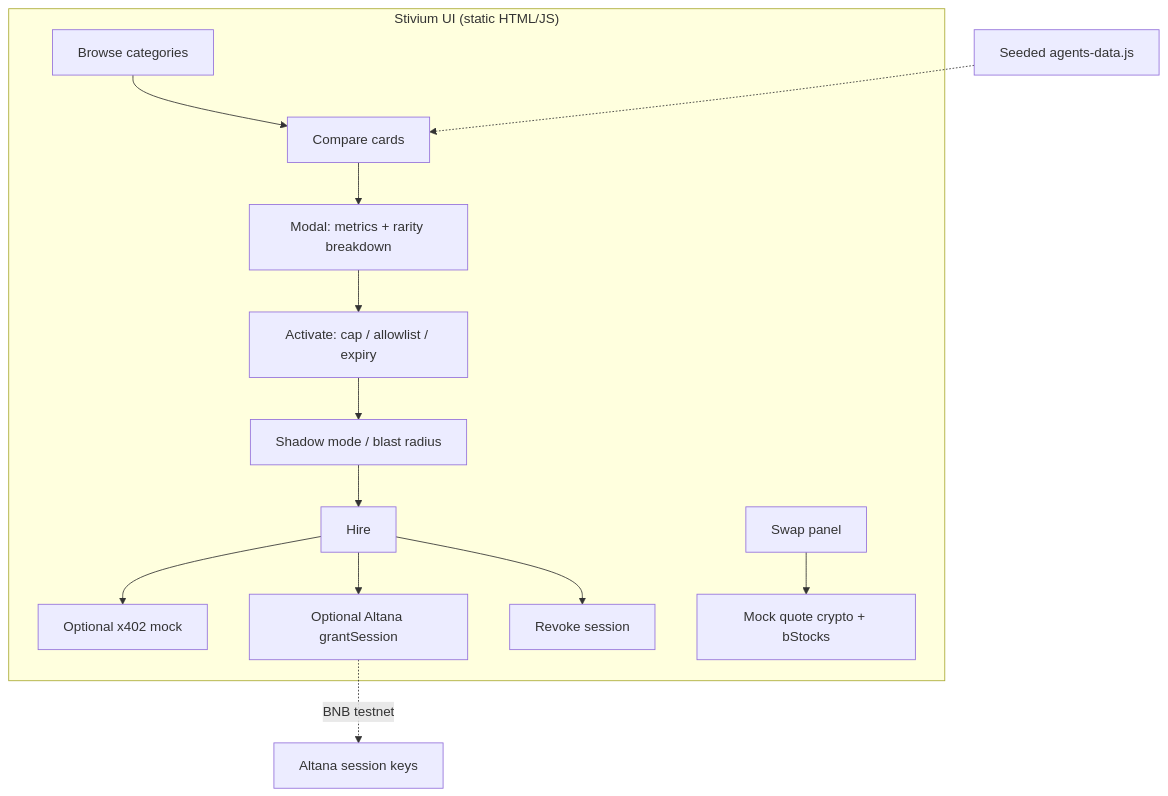
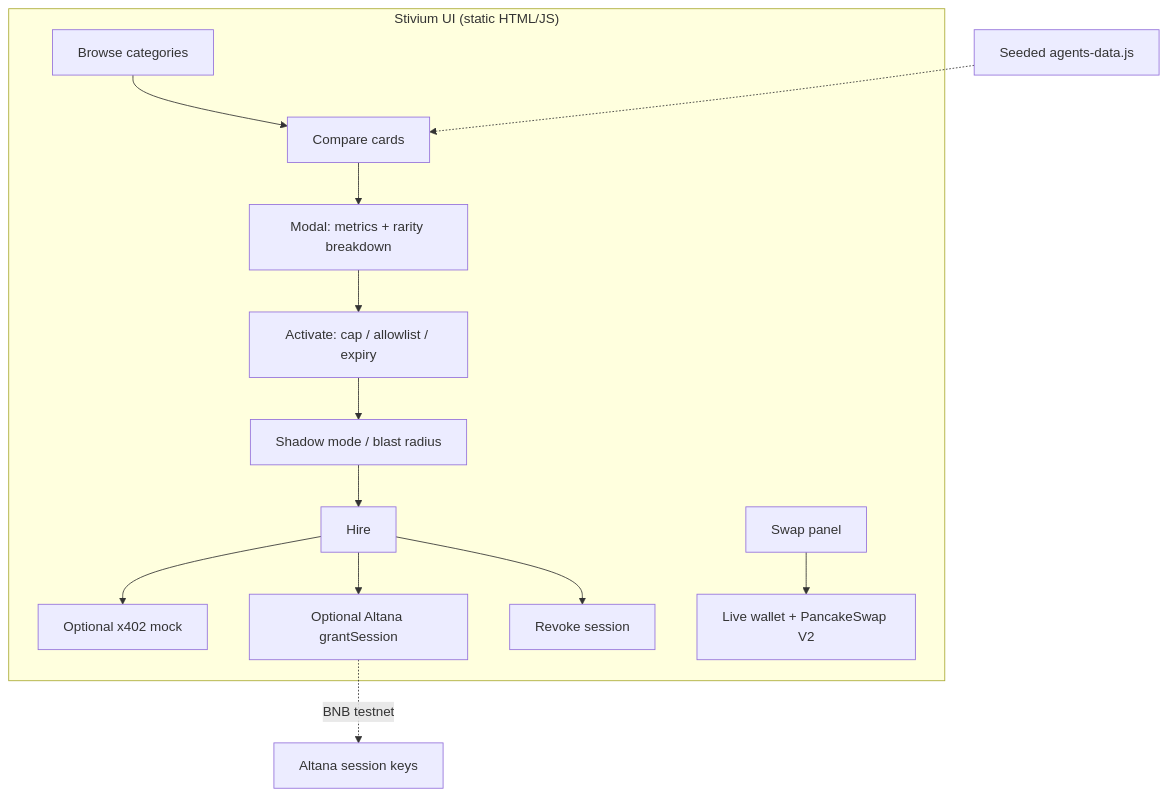
One commit to wadezigh96/STIVIUM changed the diagram in README.md. Above: the diagram before and after it, drawn with Mermaid. The commit also changed other lines of this file, not shown here.

Commit message:
docs: mark PancakeSwap integration as live

````diff
--- a/README.md
+++ b/README.md
@@ -73,17 +73,17 @@
 ```mermaid
 flowchart TB
     subgraph UI["Stivium UI (static HTML/JS)"]
         B[Browse categories] --> C[Compare cards]
         C --> M[Modal: metrics + rarity breakdown]
         M --> A[Activate: cap / allowlist / expiry]
         A --> S[Shadow mode / blast radius]
         S --> H[Hire]
         H --> X[Optional x402 mock]
         H --> ALT[Optional Altana grantSession]
         H --> R[Revoke session]
-        SW[Swap panel] --> Q[Mock quote crypto + bStocks]
+        SW[Swap panel] --> Q[Live wallet + PancakeSwap V2]
     end
 
     DATA[Seeded agents-data.js] -.-> C
     ALT -.->|BNB testnet| CHAIN[Altana session keys]
 ```
````
